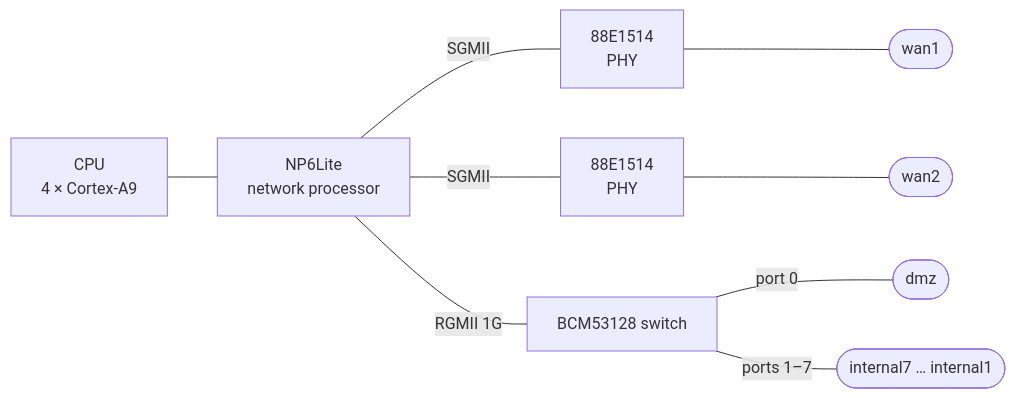
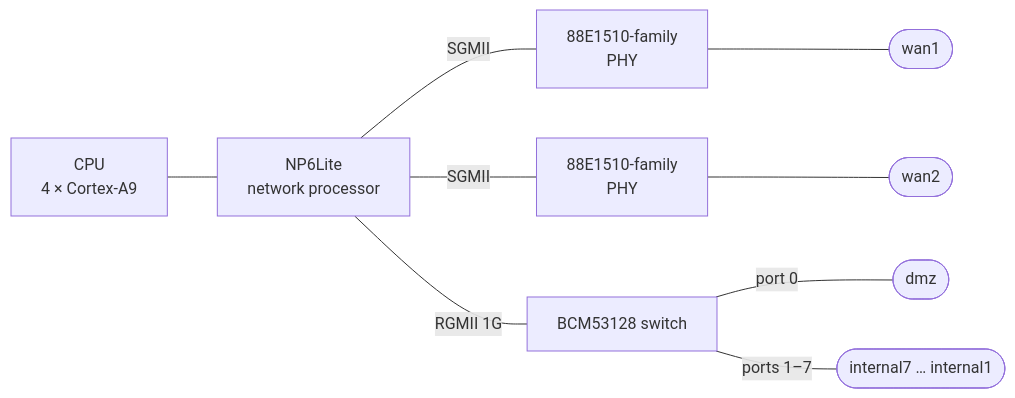
The third of 4 diagrams in README.md (Radeon24/fgtWRT), drawn with Mermaid before and after one commit. The commit also changed other lines of this file, not shown here.

````diff
--- a/README.md
+++ b/README.md
@@ -682,14 +682,14 @@
 ```mermaid
 flowchart LR
   CPU["CPU<br/>4 × Cortex-A9"]
   NP["NP6Lite<br/>network processor"]
   SW["BCM53128 switch"]
-  PA["88E1514<br/>PHY"]
-  PB["88E1514<br/>PHY"]
+  PA["88E1510-family<br/>PHY"]
+  PB["88E1510-family<br/>PHY"]
   CPU --- NP
   NP -- "SGMII" --- PA --- WAN1(["wan1"])
   NP -- "SGMII" --- PB --- WAN2(["wan2"])
   NP -- "RGMII 1G" --- SW
   SW -- "port 0" --- DMZ(["dmz"])
   SW -- "ports 1–7" --- INT(["internal7 … internal1"])
 ```
````
